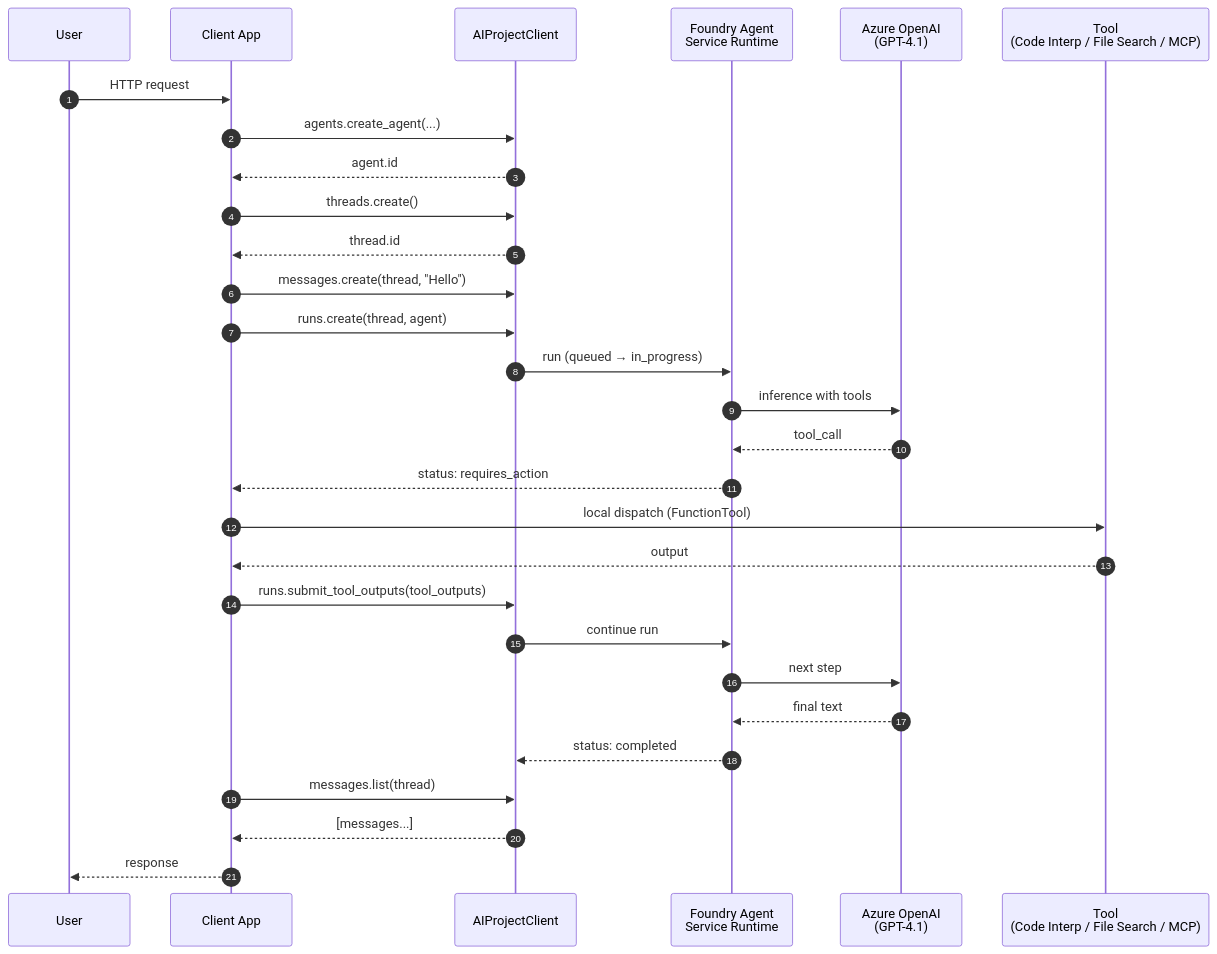
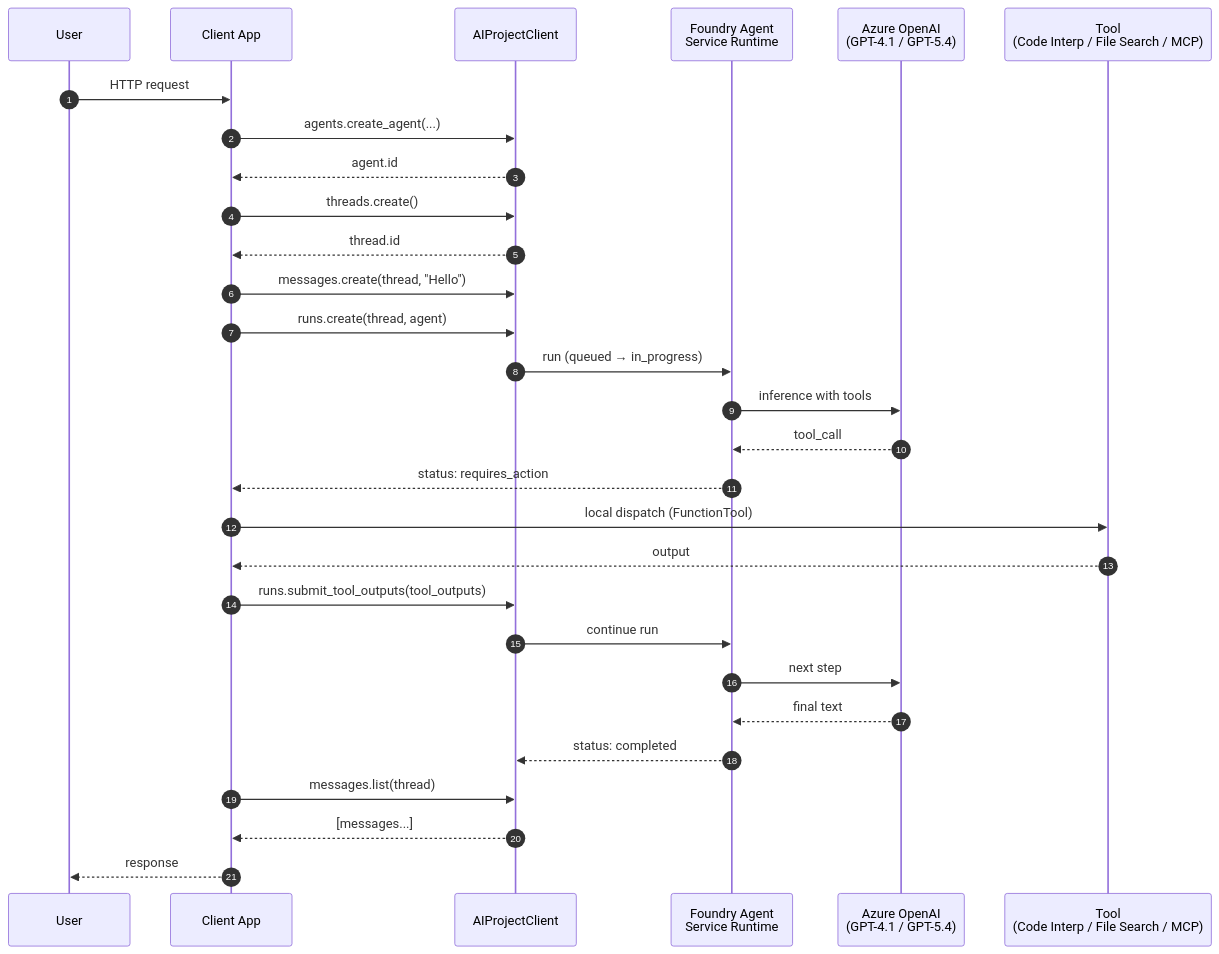
The second of 6 diagrams in generated-reports/vercel-azure/2026/04/2026-04-21-Agent-Comparison-Report-Claude-Opus-4.7.md (HiMarioLopez/adlc-evals), drawn with Mermaid before and after one commit. The commit also changed other lines of this file and 1 other file, not shown here.

First line of the commit message:
docs(reports): realign AWS + Azure markdown reports to site content

````diff
--- a/generated-reports/vercel-azure/2026/04/2026-04-21-Agent-Comparison-Report-Claude-Opus-4.7.md
+++ b/generated-reports/vercel-azure/2026/04/2026-04-21-Agent-Comparison-Report-Claude-Opus-4.7.md
@@ -786,32 +1220,32 @@
 ```mermaid
 sequenceDiagram
     autonumber
     participant User
     participant App as Client App
     participant Project as AIProjectClient
     participant Runtime as Foundry Agent<br/>Service Runtime
-    participant Model as Azure OpenAI<br/>(GPT-4.1)
+    participant Model as Azure OpenAI<br/>(GPT-4.1 / GPT-5.4)
     participant Tool as Tool<br/>(Code Interp / File Search / MCP)
 
     User->>App: HTTP request
     App->>Project: agents.create_agent(...)
     Project-->>App: agent.id
     App->>Project: threads.create()
     Project-->>App: thread.id
     App->>Project: messages.create(thread, "Hello")
     App->>Project: runs.create(thread, agent)
     Project->>Runtime: run (queued → in_progress)
     Runtime->>Model: inference with tools
     Model-->>Runtime: tool_call
     Runtime-->>App: status: requires_action
     App->>Tool: local dispatch (FunctionTool)
     Tool-->>App: output
     App->>Project: runs.submit_tool_outputs(tool_outputs)
     Project->>Runtime: continue run
     Runtime->>Model: next step
     Model-->>Runtime: final text
     Runtime-->>Project: status: completed
     App->>Project: messages.list(thread)
     Project-->>App: [messages...]
     App-->>User: response
 ```
````
